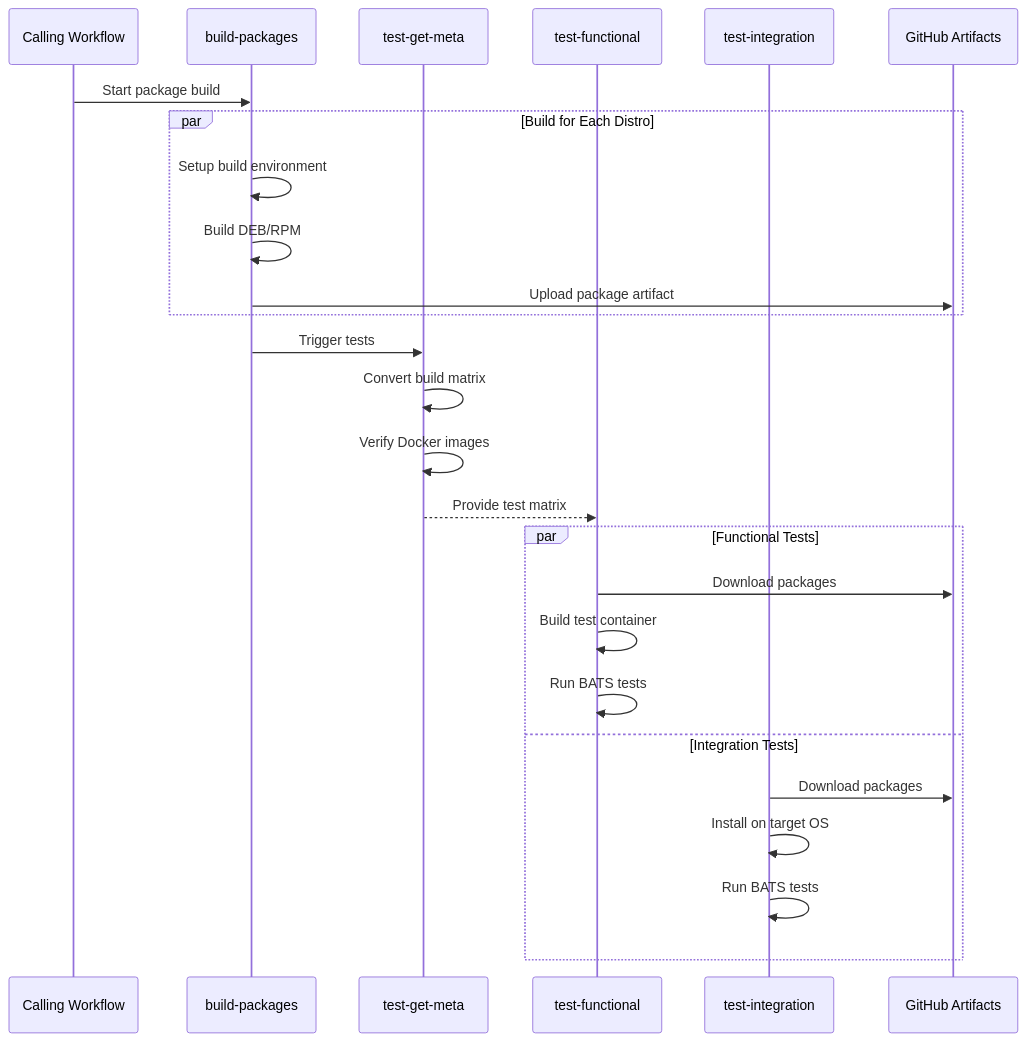
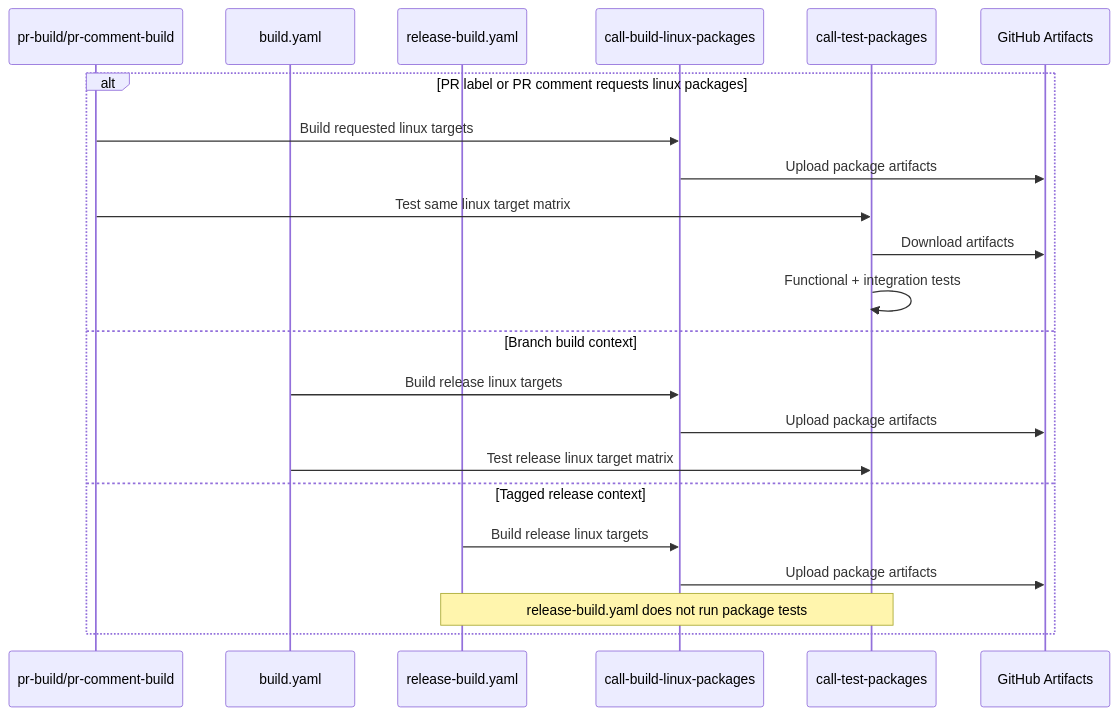
Before and after one commit to FluentDo/agent: the third of 6 diagrams in .github/workflows/README.md, drawn with Mermaid. The commit also changed other lines of this file, not shown here.

Commit message:
docs: update diagrams

````diff
--- a/.github/workflows/README.md
+++ b/.github/workflows/README.md
@@ -920,32 +899,25 @@
 ```mermaid
 sequenceDiagram
-    participant Caller as Calling Workflow
-    participant Build as build-packages
-    participant Meta as test-get-meta
-    participant Functional as test-functional
-    participant Integration as test-integration
-    participant GH as GitHub Artifacts
+  participant PR as pr-build/pr-comment-build
+  participant Branch as build.yaml
+  participant Release as release-build.yaml
+  participant BuildLinux as call-build-linux-packages
+  participant TestPkgs as call-test-packages
+  participant Artifacts as GitHub Artifacts
 
-    Caller->>Build: Start package build
-    
-    par Build for Each Distro
-        Build->>Build: Setup build environment
-        Build->>Build: Build DEB/RPM
-        Build->>GH: Upload package artifact
-    end
-    
-    Build->>Meta: Trigger tests
-    Meta->>Meta: Convert build matrix
-    Meta->>Meta: Verify Docker images
-    Meta-->>Functional: Provide test matrix
-    
-    par Functional Tests
-        Functional->>GH: Download packages
-        Functional->>Functional: Build test container
-        Functional->>Functional: Run BATS tests
-    and Integration Tests
-        Integration->>GH: Download packages
-        Integration->>Integration: Install on target OS
-        Integration->>Integration: Run BATS tests
-    end
+  alt PR label or PR comment requests linux packages
+    PR->>BuildLinux: Build requested linux targets
+    BuildLinux->>Artifacts: Upload package artifacts
+    PR->>TestPkgs: Test same linux target matrix
+    TestPkgs->>Artifacts: Download artifacts
+    TestPkgs->>TestPkgs: Functional + integration tests
+  else Branch build context
+    Branch->>BuildLinux: Build release linux targets
+    BuildLinux->>Artifacts: Upload package artifacts
+    Branch->>TestPkgs: Test release linux target matrix
+  else Tagged release context
+    Release->>BuildLinux: Build release linux targets
+    BuildLinux->>Artifacts: Upload package artifacts
+    Note over Release,TestPkgs: release-build.yaml does not run package tests
+  end
 ```
````
